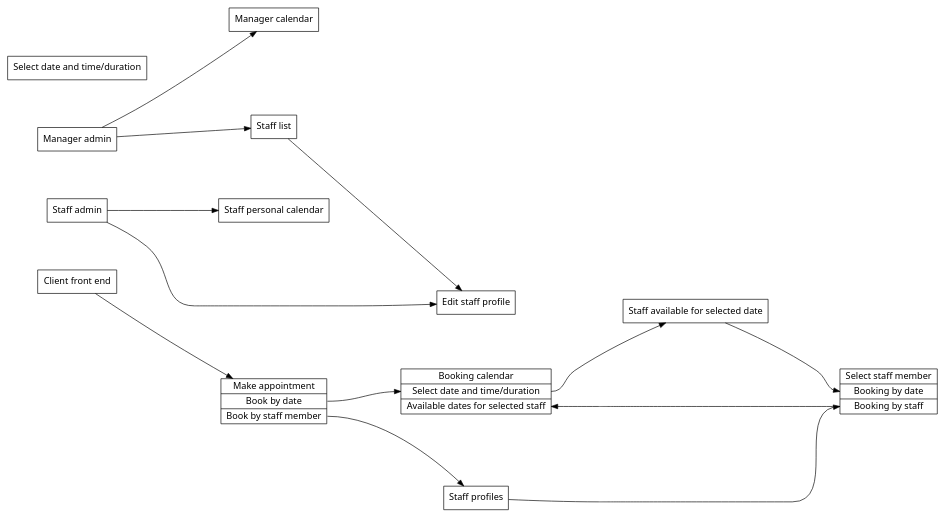
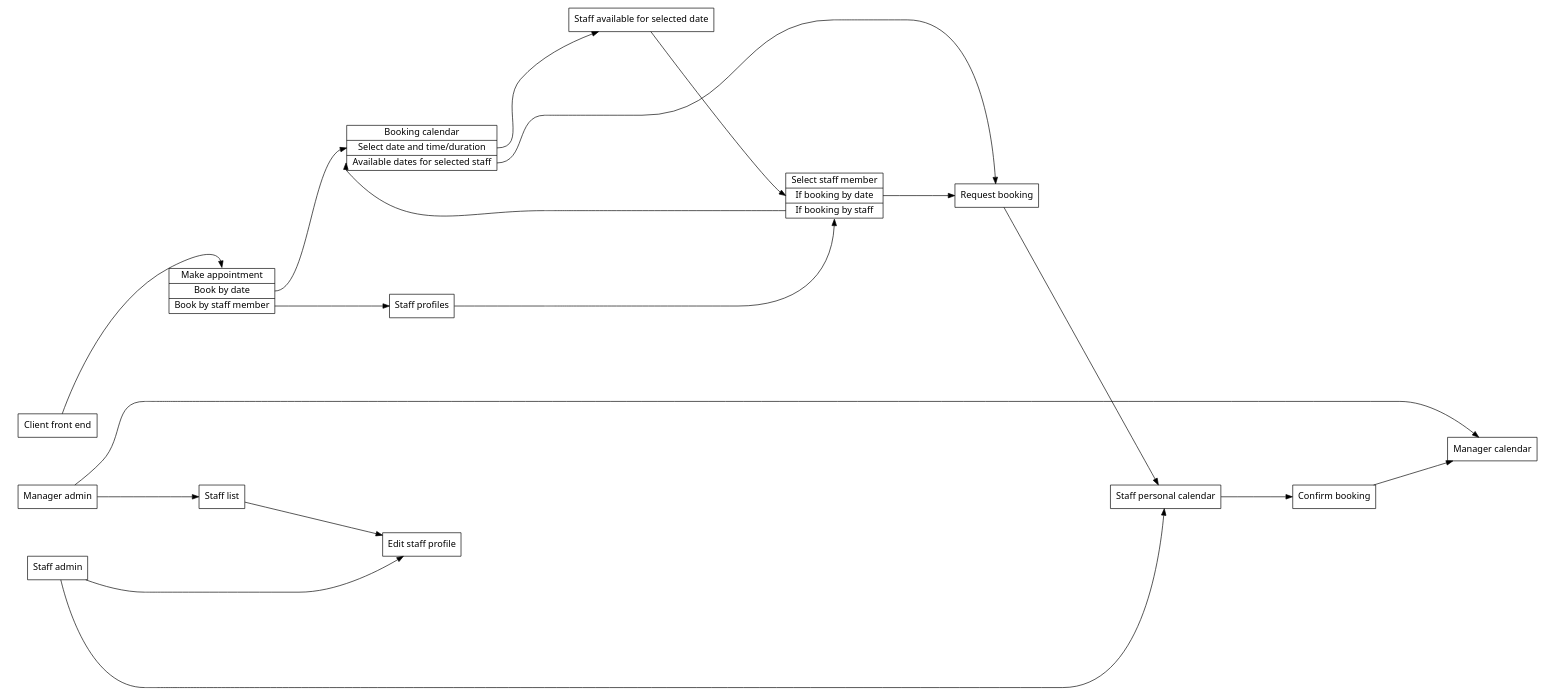
The diagram in assets-ia-graphviz.gv (plonko/shiny-weight), drawn with Graphviz before and after one commit. The commit also changed 1 other file, not shown here.

Commit message:
IA almost complete

```diff
--- a/assets-ia-graphviz.gv
+++ b/assets-ia-graphviz.gv
@@ -1,115 +1,106 @@
 digraph bookem_ia {
     graph [
         rankdir = "LR",
         nodesep= 1,
     ];
 
     node [shape=tab, fontname="Sans"];
     edge [minlen=3];
 
     // Manager role
     subgraph cluster_0 {
         style="invis"
         color="white"
         manager_admin[
             label="Manager admin"
             shape = "record"
         ];
         staff_admin[
             label="Staff admin"
             shape = "record"
         ];
         client[
             label="Client front end"
             shape = "record"
         ];
     }
 
     manager_calendar[
         label="Manager calendar"
         shape = "record"
     ];
 
     staff_list[
         label="Staff list"
         shape = "record"
     ];
 
     // Staff role
 
     staff_calendar[
         label="Staff personal calendar"
         shape = "record"
     ];
 
+    confirm_booking[
+        label="Confirm booking"
+        shape = "record"
+    ];
+
     staff_profile_edit[
         label="Edit staff profile"
         shape = "record"
     ];
 
     // Client role
 
     make_appointment[
         label="Make appointment|<f0>Book by date|<f1>Book by staff member"
-        shape = "record"
-    ];
-
-    select_date_time[
-        label="Select date and time/duration"
         shape = "record"
     ];
 
     booking_calendar[
         label="Booking calendar|<f0>Select date and time/duration|<f1>Available dates for selected staff"
         shape = "record"
     ];
     
     staff_profiles[
         label="Staff profiles"
         shape = "record"
     ];
 
     staff_available[
         label="Staff available for selected date"
         shape = "record"
     ];
 
     select_staff_member[
-        label="Select staff member|<f0>Booking by date|<f1>Booking by staff"
+        label="Select staff member|<f0> If booking by date|<f1>If booking by staff"
+        shape = "record"
+    ];
+
+    request_booking[
+        label="Request booking"
         shape = "record"
     ];
 
 
     manager_admin -> manager_calendar;
     manager_admin -> staff_list -> staff_profile_edit;
 
     staff_admin -> staff_calendar;
     staff_admin -> staff_profile_edit;
     
-    client -> make_appointment;
+    client -> make_appointment:n;
 
     make_appointment:f0 -> booking_calendar:f0 -> staff_available -> select_staff_member:f0;
-    make_appointment:f1 -> staff_profiles -> select_staff_member:f1 -> booking_calendar:f1;
-    //home -> downloads;
-    //home -> faqs;
-    //home -> contact;
-    //home -> language;
-    //home -> account;
+    make_appointment:f1 -> staff_profiles -> select_staff_member:f1:s;
 
-    //news_list:f3 -> fit_guide;
+    select_staff_member:f0 -> request_booking;
+    select_staff_member:f1 -> booking_calendar:f1:w;
+    booking_calendar:f1:e -> request_booking;
+
+    request_booking -> staff_calendar -> confirm_booking -> manager_calendar;
 
 
-    //clothing_type -> product_list;
-    //product_list -> filter -> product_list;
-    //product_list -> product_variants -> product_detail -> Related_styles -> product_detail;
-    //product_detail -> add_to_order -> current_order -> complete_checkout;
-
-    //home -> checkout -> current_order;
-    //checkout -> submitted_orders -> current_order;
-    //heckout -> unsubmitted_orders -> current_order;
-
-    //home -> favourites -> product_list_detail;
-
-    //home -> search -> product_list_detail -> related -> product_list_detail -> add_to_order;
-
 }
```
